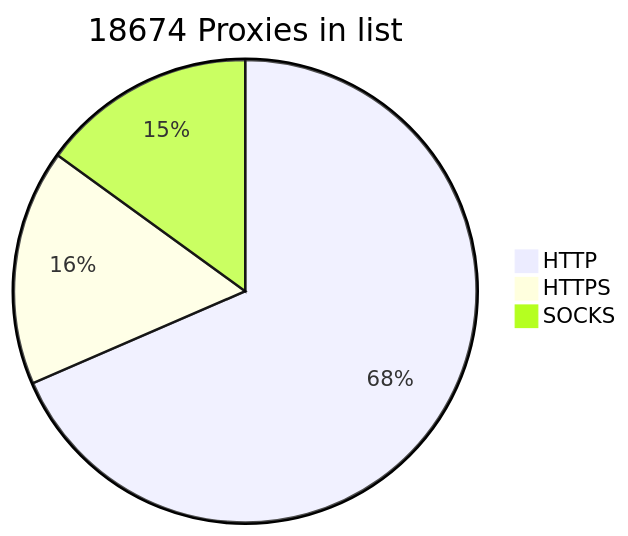
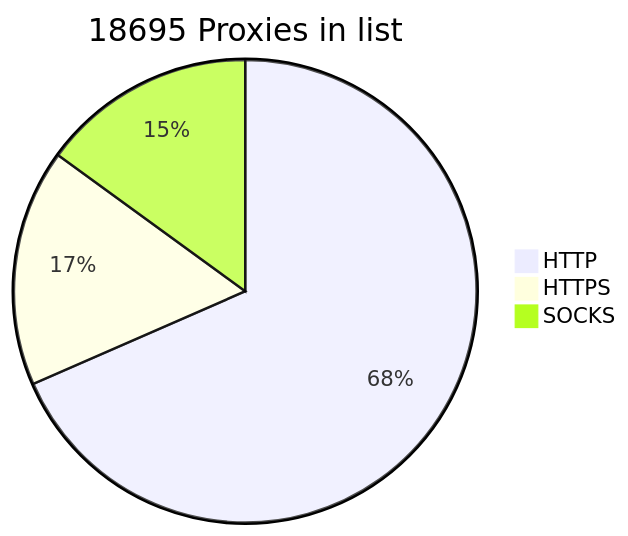
One commit to BlackSnowDot/proxylist-update-every-minute changed the diagram in README.md. Above: the diagram before and after it, drawn with Mermaid.

````diff
--- a/README.md
+++ b/README.md
@@ -2,6 +2,6 @@
 ```mermaid
-pie title 18674 Proxies in list
-    "HTTP" : 13944
-    "HTTPS": 3358
+pie title 18695 Proxies in list
+    "HTTP" : 13955
+    "HTTPS": 3377
     "SOCKS" : 3056
 ```
````
